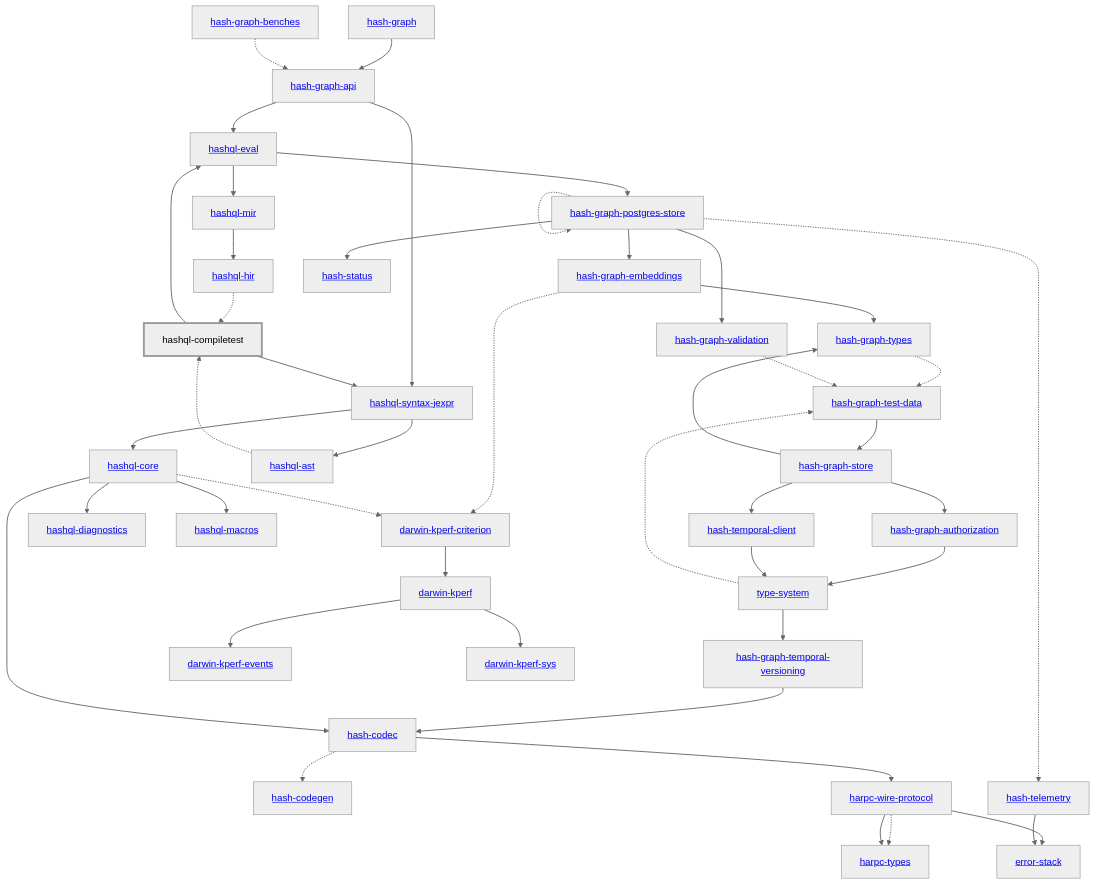
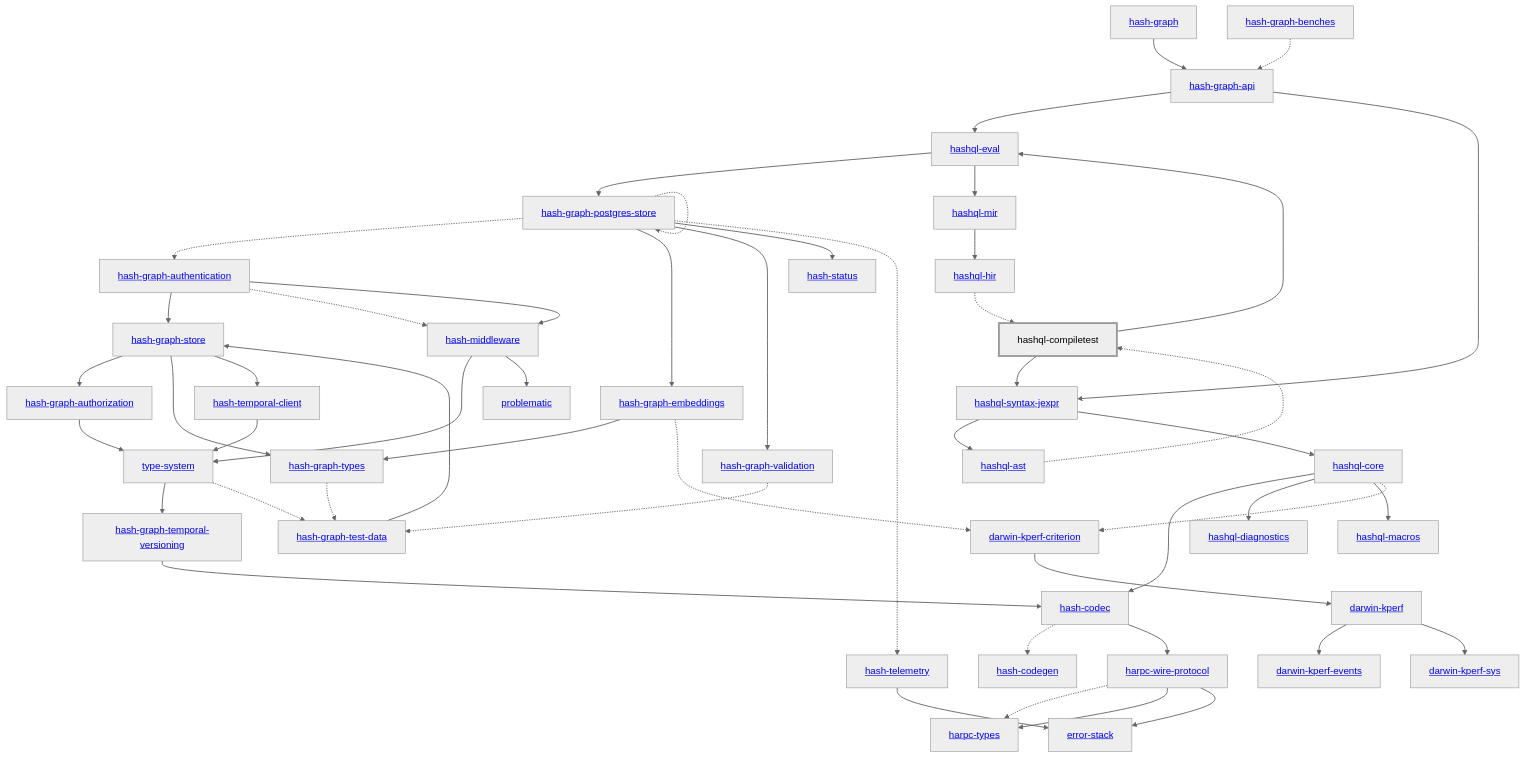
The diagram in libs/@local/hashql/compiletest/docs/dependency-diagram.mmd (hashintel/hash), drawn with Mermaid (neutral theme) before and after one commit. The commit also changed 47 other files, not shown here.

Commit message:
Authenticate public Graph API requests with API tokens

```diff
--- a/libs/@local/hashql/compiletest/docs/dependency-diagram.mmd
+++ b/libs/@local/hashql/compiletest/docs/dependency-diagram.mmd
@@ -1,88 +1,97 @@
 graph TD
     linkStyle default stroke-width:1.5px
     classDef default stroke-width:1px
     classDef root stroke-width:3px
     classDef dev stroke-width:1px
     classDef build stroke-width:1px
     %% Legend
     %% --> : Normal dependency
     %% -.-> : Dev dependency
     %% ---> : Build dependency
     0[<a href="../hash_graph/index.html">hash-graph</a>]
     1[<a href="../type_system/index.html">type-system</a>]
     2[<a href="../hash_codec/index.html">hash-codec</a>]
     3[<a href="../hash_codegen/index.html">hash-codegen</a>]
     4[<a href="../hash_graph_api/index.html">hash-graph-api</a>]
-    5[<a href="../hash_graph_authorization/index.html">hash-graph-authorization</a>]
-    6[<a href="../hash_graph_embeddings/index.html">hash-graph-embeddings</a>]
-    7[<a href="../hash_graph_postgres_store/index.html">hash-graph-postgres-store</a>]
-    8[<a href="../hash_graph_store/index.html">hash-graph-store</a>]
-    9[<a href="../hash_graph_temporal_versioning/index.html">hash-graph-temporal-versioning</a>]
-    10[<a href="../hash_graph_types/index.html">hash-graph-types</a>]
-    11[<a href="../hash_graph_validation/index.html">hash-graph-validation</a>]
-    12[<a href="../harpc_types/index.html">harpc-types</a>]
-    13[<a href="../harpc_wire_protocol/index.html">harpc-wire-protocol</a>]
-    14[<a href="../hashql_ast/index.html">hashql-ast</a>]
-    15[hashql-compiletest]
-    class 15 root
-    16[<a href="../hashql_core/index.html">hashql-core</a>]
-    17[<a href="../hashql_diagnostics/index.html">hashql-diagnostics</a>]
-    18[<a href="../hashql_eval/index.html">hashql-eval</a>]
-    19[<a href="../hashql_hir/index.html">hashql-hir</a>]
-    20[<a href="../hashql_macros/index.html">hashql-macros</a>]
-    21[<a href="../hashql_mir/index.html">hashql-mir</a>]
-    22[<a href="../hashql_syntax_jexpr/index.html">hashql-syntax-jexpr</a>]
-    23[<a href="../hash_status/index.html">hash-status</a>]
-    24[<a href="../hash_telemetry/index.html">hash-telemetry</a>]
-    25[<a href="../hash_temporal_client/index.html">hash-temporal-client</a>]
-    26[<a href="../darwin_kperf/index.html">darwin-kperf</a>]
-    27[<a href="../darwin_kperf_criterion/index.html">darwin-kperf-criterion</a>]
-    28[<a href="../darwin_kperf_events/index.html">darwin-kperf-events</a>]
-    29[<a href="../darwin_kperf_sys/index.html">darwin-kperf-sys</a>]
-    30[<a href="../error_stack/index.html">error-stack</a>]
-    31[<a href="../hash_graph_benches/index.html">hash-graph-benches</a>]
-    32[<a href="../hash_graph_test_data/index.html">hash-graph-test-data</a>]
+    5[<a href="../hash_graph_authentication/index.html">hash-graph-authentication</a>]
+    6[<a href="../hash_graph_authorization/index.html">hash-graph-authorization</a>]
+    7[<a href="../hash_graph_embeddings/index.html">hash-graph-embeddings</a>]
+    8[<a href="../hash_graph_postgres_store/index.html">hash-graph-postgres-store</a>]
+    9[<a href="../hash_graph_store/index.html">hash-graph-store</a>]
+    10[<a href="../hash_graph_temporal_versioning/index.html">hash-graph-temporal-versioning</a>]
+    11[<a href="../hash_graph_types/index.html">hash-graph-types</a>]
+    12[<a href="../hash_graph_validation/index.html">hash-graph-validation</a>]
+    13[<a href="../harpc_types/index.html">harpc-types</a>]
+    14[<a href="../harpc_wire_protocol/index.html">harpc-wire-protocol</a>]
+    15[<a href="../hashql_ast/index.html">hashql-ast</a>]
+    16[hashql-compiletest]
+    class 16 root
+    17[<a href="../hashql_core/index.html">hashql-core</a>]
+    18[<a href="../hashql_diagnostics/index.html">hashql-diagnostics</a>]
+    19[<a href="../hashql_eval/index.html">hashql-eval</a>]
+    20[<a href="../hashql_hir/index.html">hashql-hir</a>]
+    21[<a href="../hashql_macros/index.html">hashql-macros</a>]
+    22[<a href="../hashql_mir/index.html">hashql-mir</a>]
+    23[<a href="../hashql_syntax_jexpr/index.html">hashql-syntax-jexpr</a>]
+    24[<a href="../hash_middleware/index.html">hash-middleware</a>]
+    25[<a href="../hash_status/index.html">hash-status</a>]
+    26[<a href="../hash_telemetry/index.html">hash-telemetry</a>]
+    27[<a href="../hash_temporal_client/index.html">hash-temporal-client</a>]
+    28[<a href="../darwin_kperf/index.html">darwin-kperf</a>]
+    29[<a href="../darwin_kperf_criterion/index.html">darwin-kperf-criterion</a>]
+    30[<a href="../darwin_kperf_events/index.html">darwin-kperf-events</a>]
+    31[<a href="../darwin_kperf_sys/index.html">darwin-kperf-sys</a>]
+    32[<a href="../error_stack/index.html">error-stack</a>]
+    33[<a href="../problematic/index.html">problematic</a>]
+    34[<a href="../hash_graph_benches/index.html">hash-graph-benches</a>]
+    35[<a href="../hash_graph_test_data/index.html">hash-graph-test-data</a>]
     0 --> 4
-    1 --> 9
-    1 -.-> 32
+    1 --> 10
+    1 -.-> 35
     2 -.-> 3
-    2 --> 13
-    4 --> 18
-    4 --> 22
-    5 --> 1
-    6 --> 10
-    6 -.-> 27
-    7 --> 6
-    7 -.-> 7
+    2 --> 14
+    4 --> 19
+    4 --> 23
+    5 --> 9
+    5 -.-> 24
+    5 --> 24
+    6 --> 1
     7 --> 11
-    7 --> 23
-    7 -.-> 24
-    8 --> 5
-    8 --> 10
+    7 -.-> 29
+    8 -.-> 5
+    8 --> 7
+    8 -.-> 8
+    8 --> 12
     8 --> 25
-    9 --> 2
-    10 -.-> 32
-    11 -.-> 32
-    13 -.-> 12
-    13 --> 12
-    13 --> 30
-    14 -.-> 15
-    15 --> 18
-    15 --> 22
-    16 --> 2
-    16 --> 17
-    16 --> 20
-    16 -.-> 27
-    18 --> 7
-    18 --> 21
-    19 -.-> 15
-    21 --> 19
-    22 --> 14
-    22 --> 16
-    24 --> 30
-    25 --> 1
-    26 --> 28
-    26 --> 29
-    27 --> 26
-    31 -.-> 4
-    32 --> 8
+    8 -.-> 26
+    9 --> 6
+    9 --> 11
+    9 --> 27
+    10 --> 2
+    11 -.-> 35
+    12 -.-> 35
+    14 -.-> 13
+    14 --> 13
+    14 --> 32
+    15 -.-> 16
+    16 --> 19
+    16 --> 23
+    17 --> 2
+    17 --> 18
+    17 --> 21
+    17 -.-> 29
+    19 --> 8
+    19 --> 22
+    20 -.-> 16
+    22 --> 20
+    23 --> 15
+    23 --> 17
+    24 --> 1
+    24 --> 33
+    26 --> 32
+    27 --> 1
+    28 --> 30
+    28 --> 31
+    29 --> 28
+    34 -.-> 4
+    35 --> 9
```
